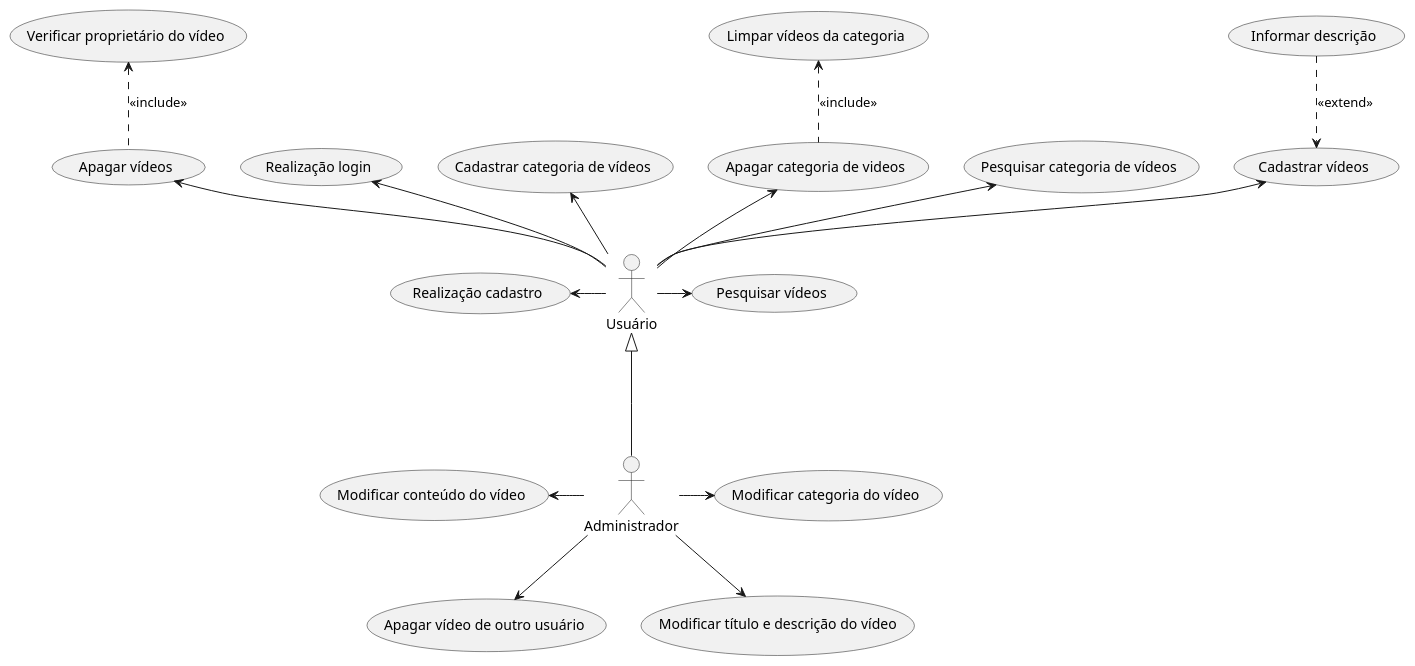
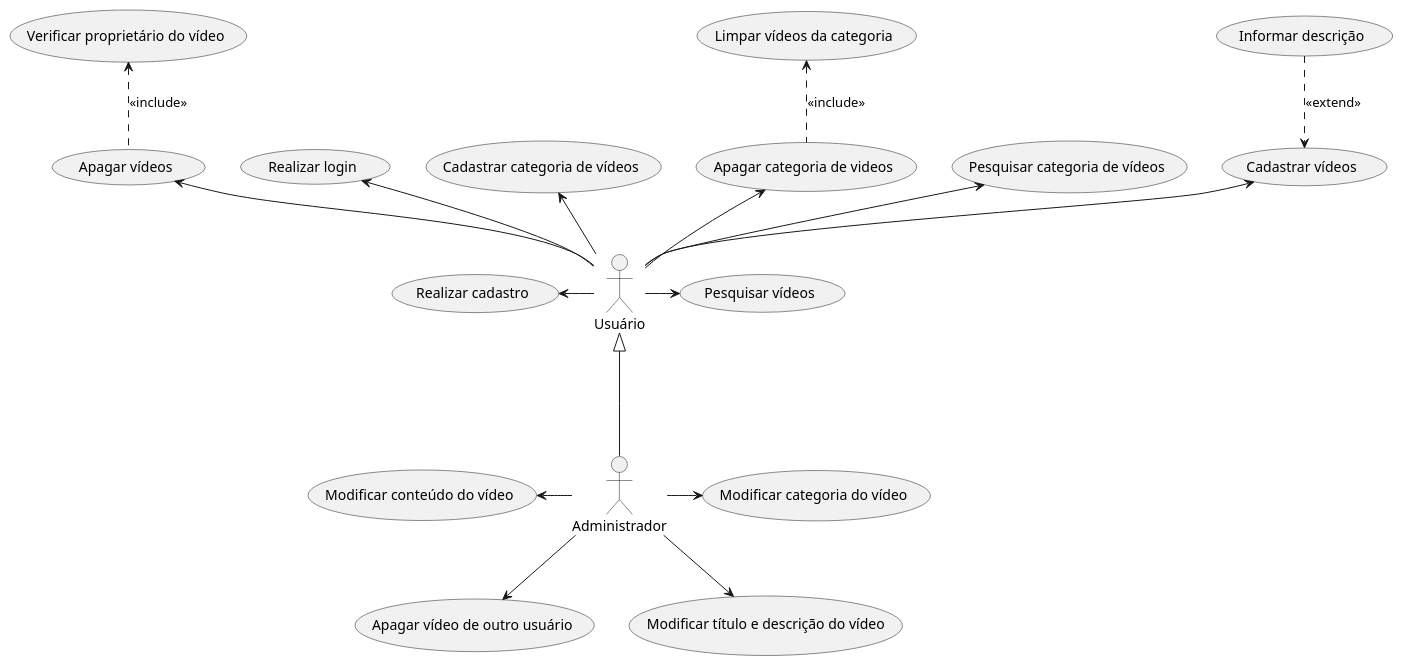
One commit to MurylloEx/DevFlix-PSW changed the diagram in DevFlix.puml. Above: the diagram before and after it, drawn with PlantUML.

```diff
--- a/DevFlix.puml
+++ b/DevFlix.puml
@@ -1,52 +1,52 @@
 @startuml DevFlix
 skinparam Style strictuml
 
 :Usuário: as usuario
 :Administrador: as administrador
 
 /' Casos de uso do usuário '/
-(Realização cadastro) as cadastro
-(Realização login) as login
+(Realizar cadastro) as cadastro
+(Realizar login) as login
 (Apagar vídeos) as apagarv
 (Pesquisar vídeos) as pesqv
 (Cadastrar vídeos) as cadv
 (Informar descrição) as infdesc
 (Pesquisar categoria de vídeos) as pesqcatv
 (Cadastrar categoria de vídeos) as cadcatv
 (Apagar categoria de videos) as apgcatv
 (Limpar vídeos da categoria) as limcatv
 (Verificar proprietário do vídeo) as verifprop
 
 /' Casos de uso do administrador '/
 (Modificar categoria do vídeo) as modcatv
 (Modificar conteúdo do vídeo) as modcontv
 (Apagar vídeo de outro usuário) as apgvout
 (Modificar título e descrição do vídeo) as modtitdesc
 
 /' Generalização dos atores '/
 usuario <|-down-- administrador
 
 /' Associação dos casos de uso do usuário '/
 usuario -up-> cadv
 usuario -up-> pesqcatv
 usuario -up-> apgcatv
 usuario -right-> pesqv
 usuario -up-> cadcatv
 usuario -up-> login
 usuario -up-> apagarv
 usuario -left-> cadastro
 
 
 /' Include e Extend dos casos de uso do usuário '/
 apagarv .up.> verifprop : <<include>>
 apgcatv .up.> limcatv : <<include>>
 infdesc .down.> cadv : <<extend>>
 
 
 /' Associação dos casos de uso do administrador '/
 administrador -right-> modcatv
 administrador -left-> modcontv
 administrador -down-> apgvout
 administrador -down-> modtitdesc
 
 @enduml
```
